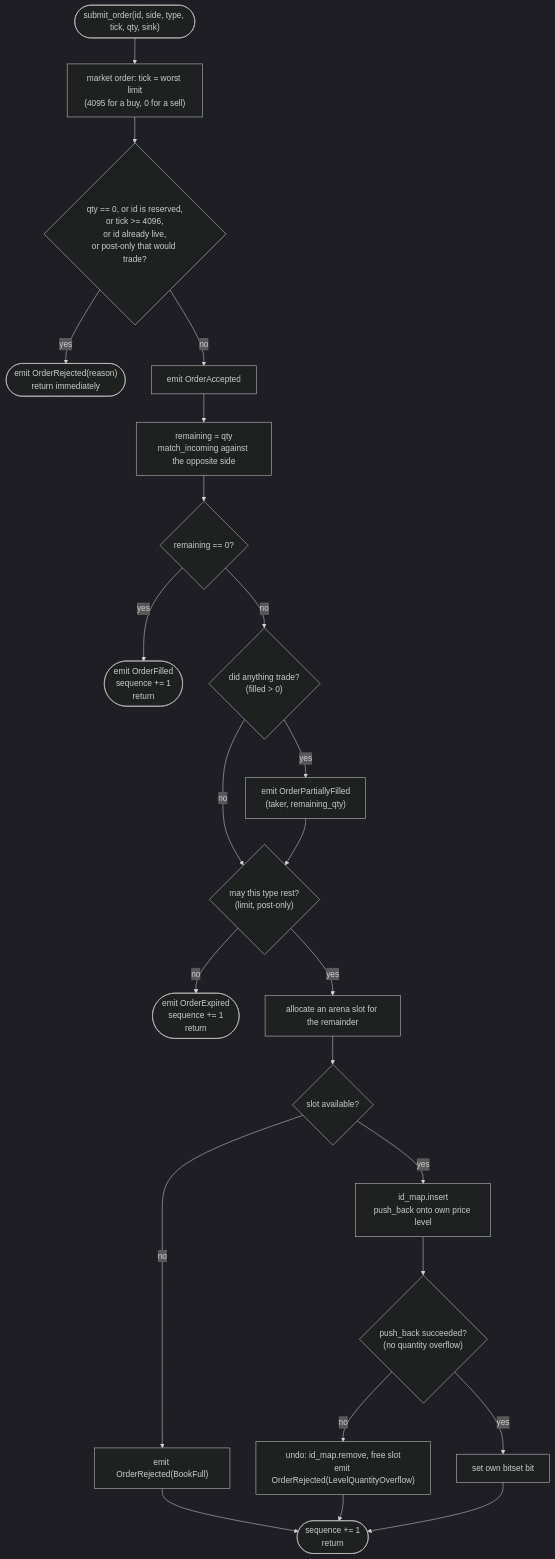
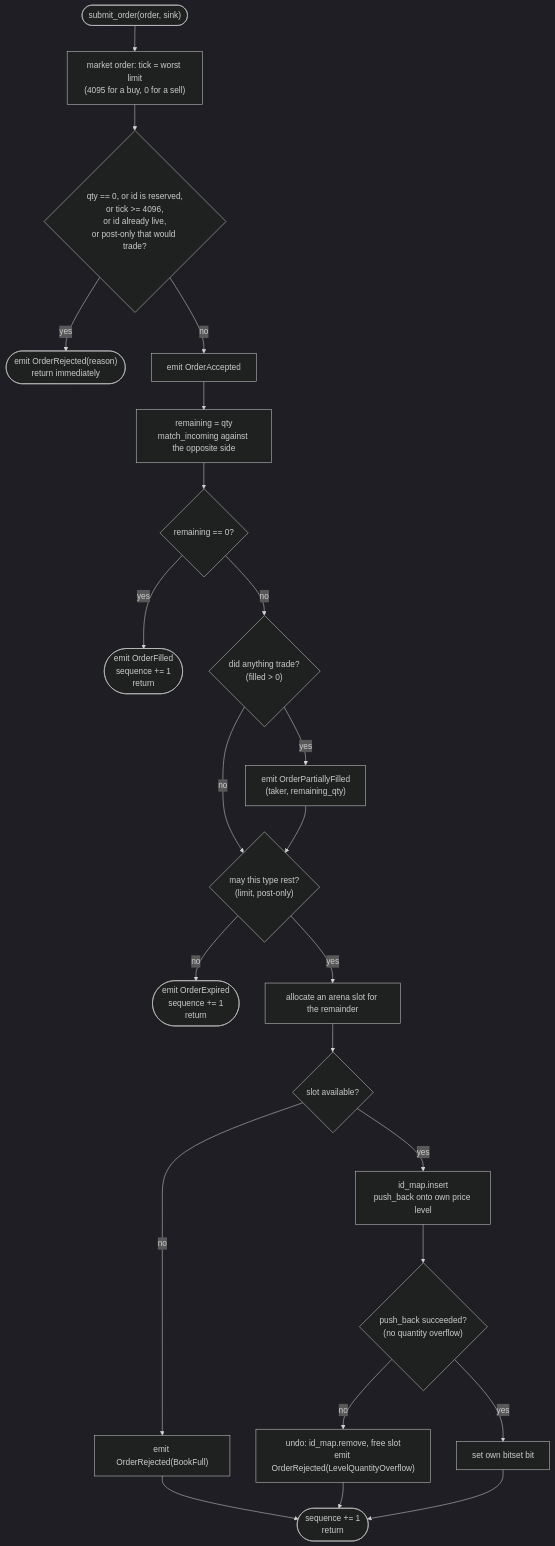
The first of 2 diagrams in docs/06-matching-algorithm.md (daohainam/rust-matching-engine), drawn with Mermaid (dark theme) before and after one commit. The commit also changed other lines of this file, not shown here.

Commit message:
docs(ch06): cover NewOrder, self-trade prevention and mass cancels

````diff
--- a/docs/06-matching-algorithm.md
+++ b/docs/06-matching-algorithm.md
@@ -53,25 +67,25 @@
 ```mermaid
 flowchart TD
-    A(["submit_order(id, side, type, tick, qty, sink)"]) --> A2["market order: tick = worst limit<br/>(4095 for a buy, 0 for a sell)"]
+    A(["submit_order(order, sink)"]) --> A2["market order: tick = worst limit<br/>(4095 for a buy, 0 for a sell)"]
     A2 --> B{"qty == 0, or id is reserved,<br/>or tick >= 4096,<br/>or id already live,<br/>or post-only that would trade?"}
     B -- yes --> R(["emit OrderRejected(reason)<br/>return immediately"])
     B -- no --> C["emit OrderAccepted"]
     C --> D["remaining = qty<br/>match_incoming against the opposite side"]
     D --> E{"remaining == 0?"}
     E -- yes --> F(["emit OrderFilled<br/>sequence += 1<br/>return"])
     E -- no --> G{"did anything trade?<br/>(filled > 0)"}
     G -- yes --> H["emit OrderPartiallyFilled<br/>(taker, remaining_qty)"]
     G -- no --> T
     H --> T{"may this type rest?<br/>(limit, post-only)"}
     T -- no --> X(["emit OrderExpired<br/>sequence += 1<br/>return"])
     T -- yes --> I["allocate an arena slot for the remainder"]
     I --> J{"slot available?"}
     J -- no --> K["emit OrderRejected(BookFull)"]
     J -- yes --> L["id_map.insert<br/>push_back onto own price level"]
     L --> M{"push_back succeeded?<br/>(no quantity overflow)"}
     M -- no --> N["undo: id_map.remove, free slot<br/>emit OrderRejected(LevelQuantityOverflow)"]
     M -- yes --> O["set own bitset bit"]
     K --> P(["sequence += 1<br/>return"])
     N --> P
     O --> P
 ```
````
